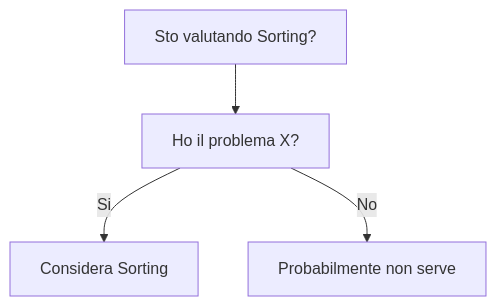
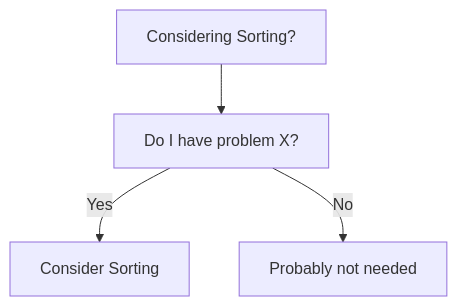
The diagram in dev-wiki/15_Algorithms_DataStructures/Sorting/When_To_Use.md (HxT9/Software-Dev-Wiki), drawn with Mermaid before and after one commit. The commit also changed other lines of this file and 3444 other files, not shown here.

````diff
--- a/dev-wiki/15_Algorithms_DataStructures/Sorting/When_To_Use.md
+++ b/dev-wiki/15_Algorithms_DataStructures/Sorting/When_To_Use.md
@@ -19,6 +19,6 @@
 ```mermaid
 flowchart TD
-  Q[Sto valutando Sorting?] --> Q1[Ho il problema X?]
-  Q1 -->|Si| OK[Considera Sorting]
-  Q1 -->|No| NO[Probabilmente non serve]
+  Q[Considering Sorting?] --> Q1[Do I have problem X?]
+  Q1 -->|Yes| OK[Consider Sorting]
+  Q1 -->|No| NO[Probably not needed]
 ```
````
